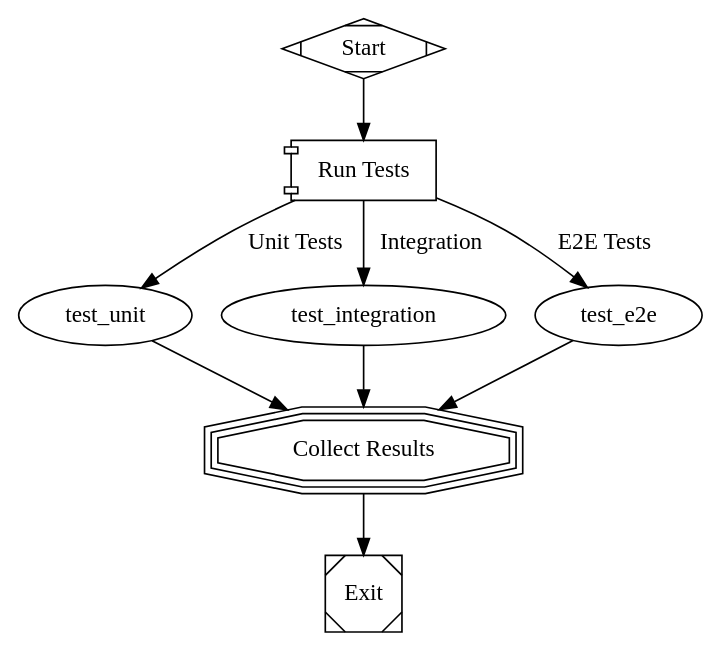
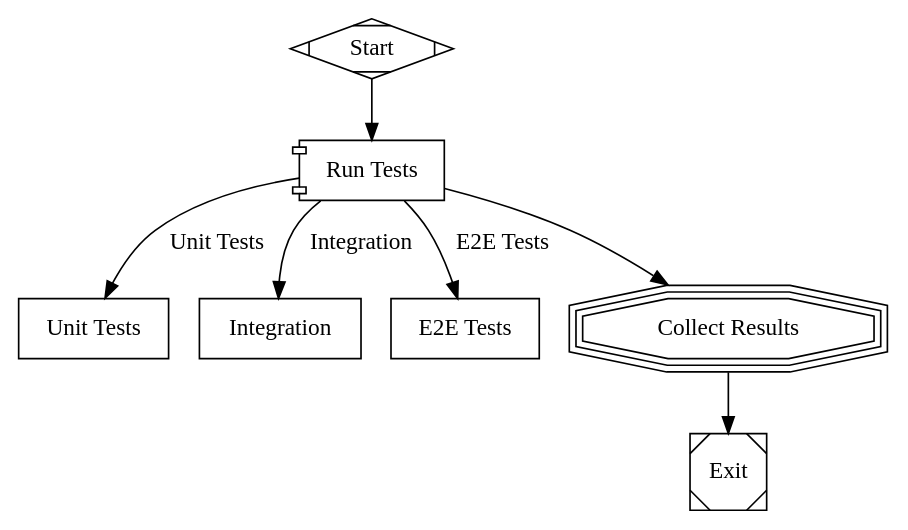
One commit to mhingston/factorial changed the diagram in examples/parallel.dot. Above: the diagram before and after it, drawn with Graphviz. The commit also changed 5 other files, not shown here.

```diff
--- a/examples/parallel.dot
+++ b/examples/parallel.dot
@@ -1,26 +1,29 @@
 digraph ParallelExecution {
     graph [goal="Run tests in parallel across different environments"]
     rankdir=TB
+
+    node [shape=box, auto_status="true"]
 
     start [shape=Mdiamond, label="Start"]
     exit  [shape=Msquare, label="Exit"]
     
     parallel [shape=component, label="Run Tests", type="parallel"]
+    test_unit [label="Unit Tests", prompt="Run unit tests and summarize results."]
+    test_integration [label="Integration", prompt="Run integration tests and summarize results."]
+    test_e2e [label="E2E Tests", prompt="Run E2E tests and summarize results."]
     fan_in [
       shape=tripleoctagon,
       label="Collect Results",
       type="parallel.fan_in",
       merge_strategy="best_score",
-      merge_tiebreak="lexical"
+      merge_tiebreak="lexical",
+      auto_status="true"
     ]
 
     start -> parallel
     parallel -> test_unit [label="Unit Tests"]
     parallel -> test_integration [label="Integration"]
     parallel -> test_e2e [label="E2E Tests"]
-    
-    test_unit -> fan_in
-    test_integration -> fan_in
-    test_e2e -> fan_in
+    parallel -> fan_in
     fan_in -> exit
 }
```
